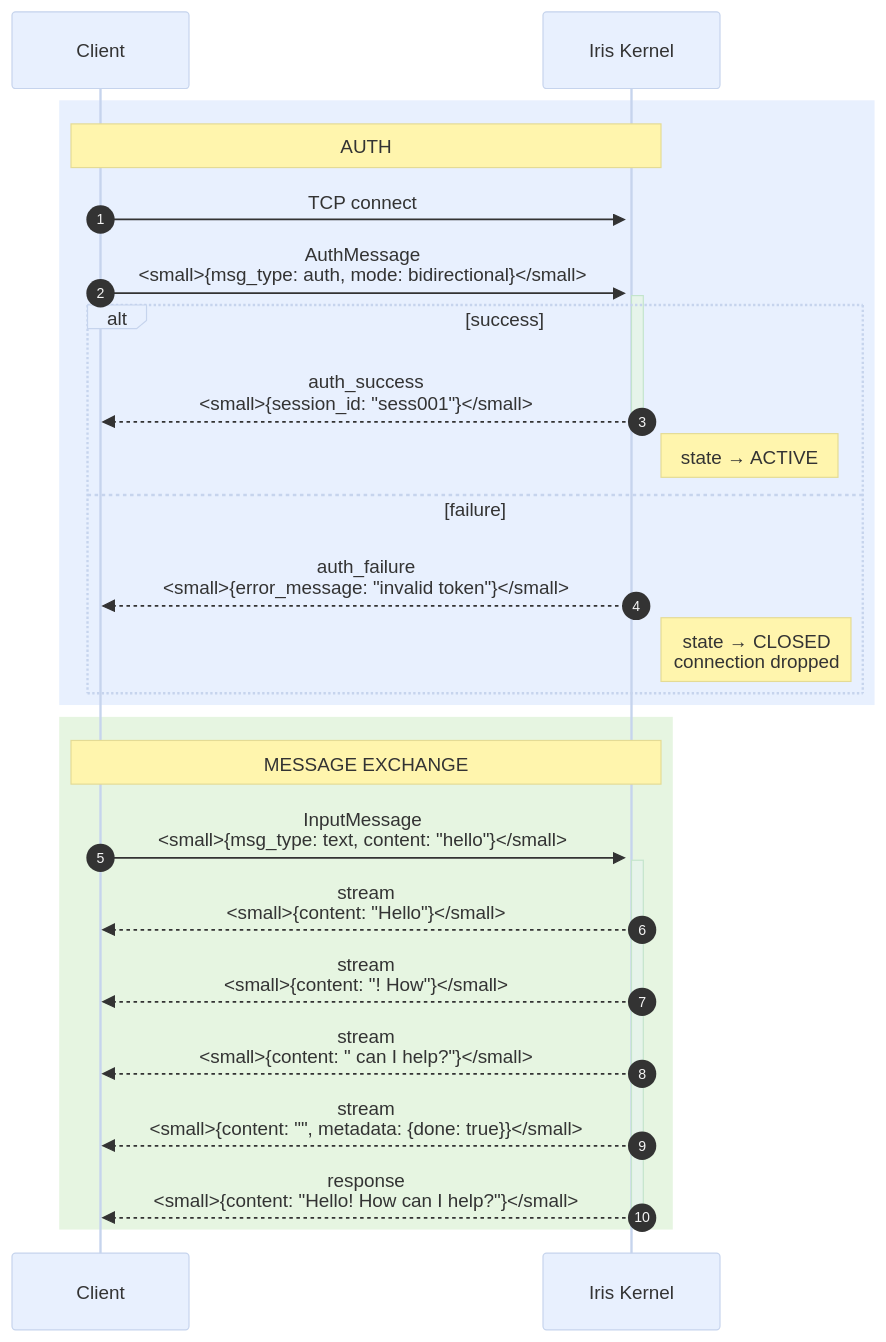
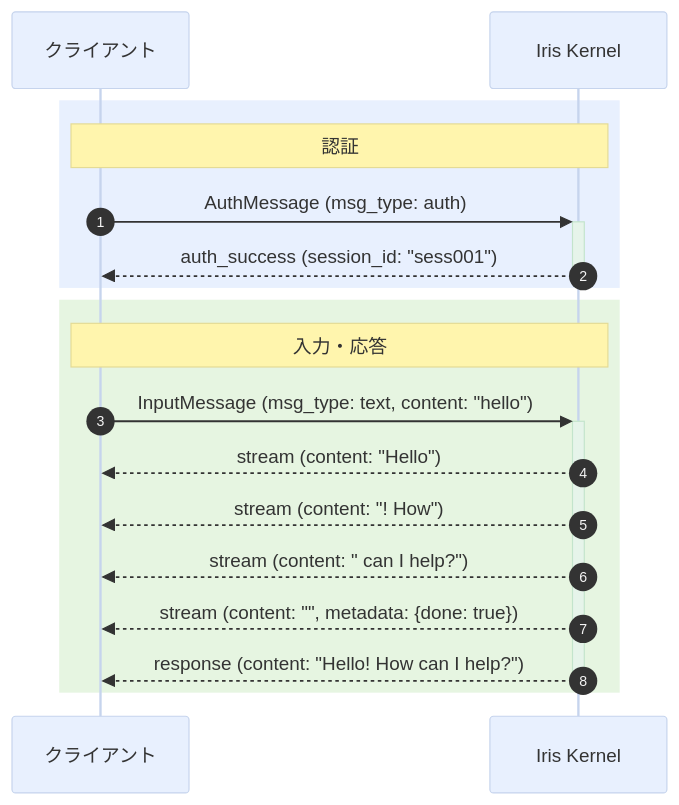
One commit to ibukani/iris-mind changed the third of 3 diagrams in docs/ipc-spec.md. Above: the diagram before and after it, drawn with Mermaid. The commit also changed other lines of this file, not shown here.

````diff
--- a/docs/ipc-spec.md
+++ b/docs/ipc-spec.md
@@ -77,38 +115,30 @@
 ```mermaid
 ---
 config:
   theme: base
   themeVariables:
     primaryColor: "#e8f0fe"
     secondaryColor: "#e6f4ea"
-    tertiaryColor: "#fce8e6"
+    tertiaryColor: "#fef7e0"
 ---
 sequenceDiagram
     autonumber
-    participant Client
+    participant Client as クライアント
     participant Kernel as Iris Kernel
 
     rect rgb(232, 240, 254)
-        Note over Client,Kernel: AUTH
-        Client->>+Kernel: TCP connect
-        Client->>+Kernel: AuthMessage<br/><small>{msg_type: auth, mode: bidirectional}</small>
-
-        alt success
-            Kernel-->>-Client: auth_success<br/><small>{session_id: "sess001"}</small>
-            Note right of Kernel: state → ACTIVE
-        else failure
-            Kernel-->>Client: auth_failure<br/><small>{error_message: "invalid token"}</small>
-            Note right of Kernel: state → CLOSED<br/>connection dropped
-        end
+        Note over Client,Kernel: 認証
+        Client->>+Kernel: AuthMessage (msg_type: auth)
+        Kernel-->>-Client: auth_success (session_id: "sess001")
     end
 
     rect rgb(230, 245, 225)
-        Note over Client,Kernel: MESSAGE EXCHANGE
-        Client->>+Kernel: InputMessage<br/><small>{msg_type: text, content: "hello"}</small>
-        Kernel-->>Client: stream<br/><small>{content: "Hello"}</small>
-        Kernel-->>Client: stream<br/><small>{content: "! How"}</small>
-        Kernel-->>Client: stream<br/><small>{content: " can I help?"}</small>
-        Kernel-->>Client: stream<br/><small>{content: "", metadata: {done: true}}</small>
-        Kernel-->>-Client: response<br/><small>{content: "Hello! How can I help?"}</small>
+        Note over Client,Kernel: 入力・応答
+        Client->>+Kernel: InputMessage (msg_type: text, content: "hello")
+        Kernel-->>Client: stream (content: "Hello")
+        Kernel-->>Client: stream (content: "! How")
+        Kernel-->>Client: stream (content: " can I help?")
+        Kernel-->>Client: stream (content: "", metadata: {done: true})
+        Kernel-->>-Client: response (content: "Hello! How can I help?")
     end
 ```
````
